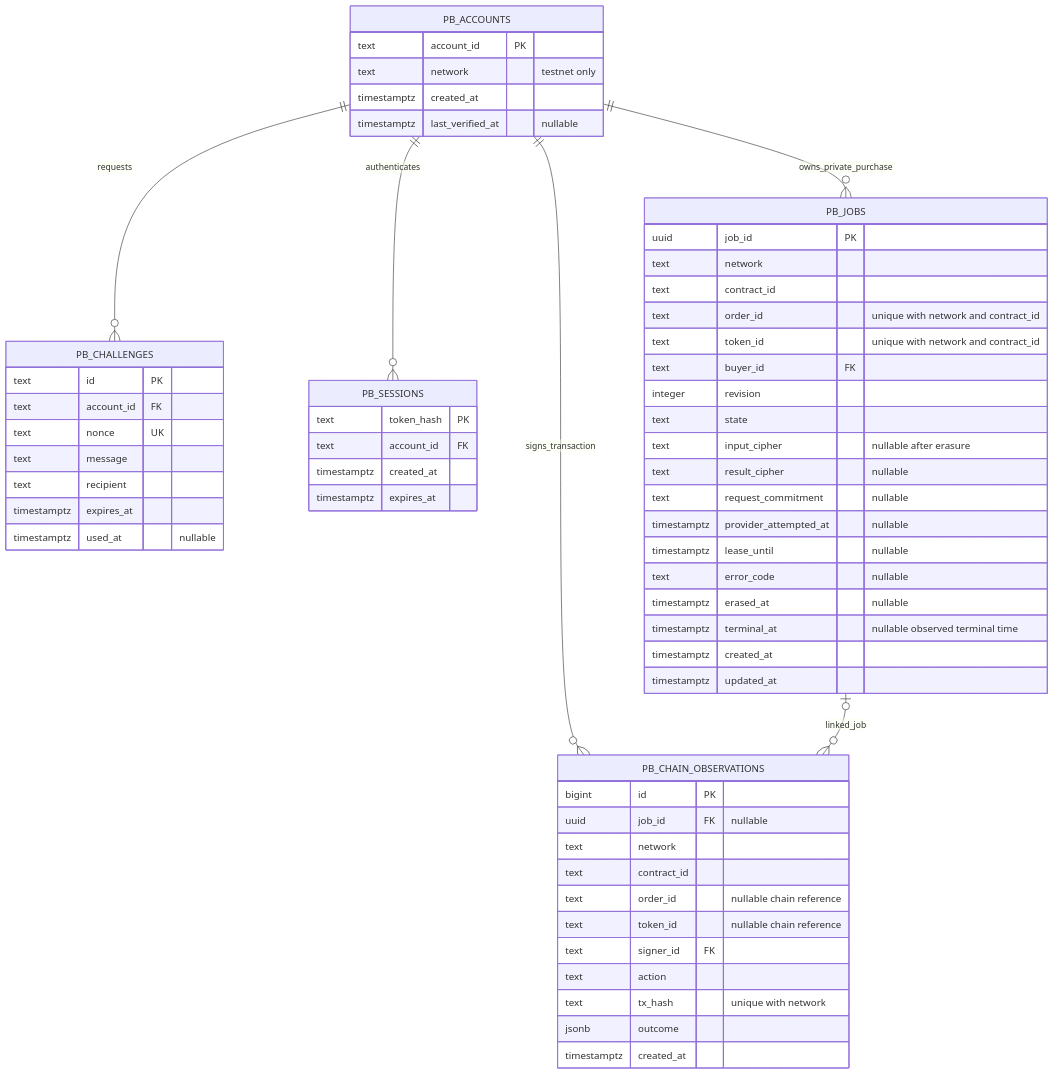
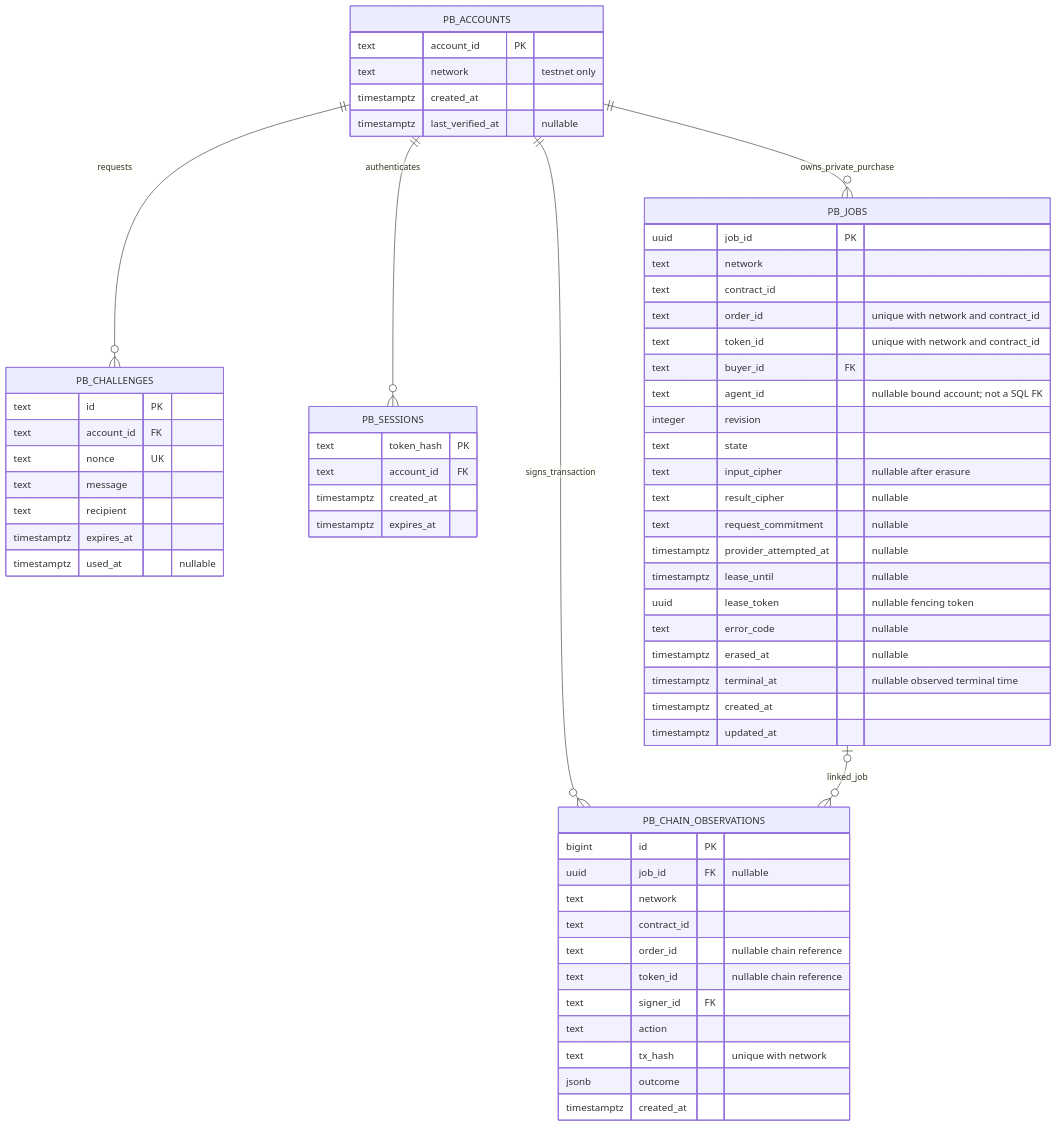
Before and after one commit to EndPx/proofbill: the first of 2 diagrams in docs/database/ERD.md, drawn with Mermaid. The commit also changed other lines of this file and 11 other files, not shown here.

Commit message:
docs: align product guides and repository claims with the current testnet flow

````diff
--- a/docs/database/ERD.md
+++ b/docs/database/ERD.md
@@ -26,63 +24,65 @@
 ```mermaid
 erDiagram
     PB_ACCOUNTS ||--o{ PB_CHALLENGES : requests
     PB_ACCOUNTS ||--o{ PB_SESSIONS : authenticates
     PB_ACCOUNTS ||--o{ PB_JOBS : owns_private_purchase
     PB_ACCOUNTS ||--o{ PB_CHAIN_OBSERVATIONS : signs_transaction
     PB_JOBS o|--o{ PB_CHAIN_OBSERVATIONS : linked_job
 
     PB_ACCOUNTS {
         text account_id PK
         text network "testnet only"
         timestamptz created_at
         timestamptz last_verified_at "nullable"
     }
     PB_CHALLENGES {
         text id PK
         text account_id FK
         text nonce UK
         text message
         text recipient
         timestamptz expires_at
         timestamptz used_at "nullable"
     }
     PB_SESSIONS {
         text token_hash PK
         text account_id FK
         timestamptz created_at
         timestamptz expires_at
     }
     PB_JOBS {
         uuid job_id PK
         text network
         text contract_id
         text order_id "unique with network and contract_id"
         text token_id "unique with network and contract_id"
         text buyer_id FK
+        text agent_id "nullable bound account; not a SQL FK"
         integer revision
         text state
         text input_cipher "nullable after erasure"
         text result_cipher "nullable"
         text request_commitment "nullable"
         timestamptz provider_attempted_at "nullable"
         timestamptz lease_until "nullable"
+        uuid lease_token "nullable fencing token"
         text error_code "nullable"
         timestamptz erased_at "nullable"
         timestamptz terminal_at "nullable observed terminal time"
         timestamptz created_at
         timestamptz updated_at
     }
     PB_CHAIN_OBSERVATIONS {
         bigint id PK
         uuid job_id FK "nullable"
         text network
         text contract_id
         text order_id "nullable chain reference"
         text token_id "nullable chain reference"
         text signer_id FK
         text action
         text tx_hash "unique with network"
         jsonb outcome
         timestamptz created_at
     }
 ```
````
